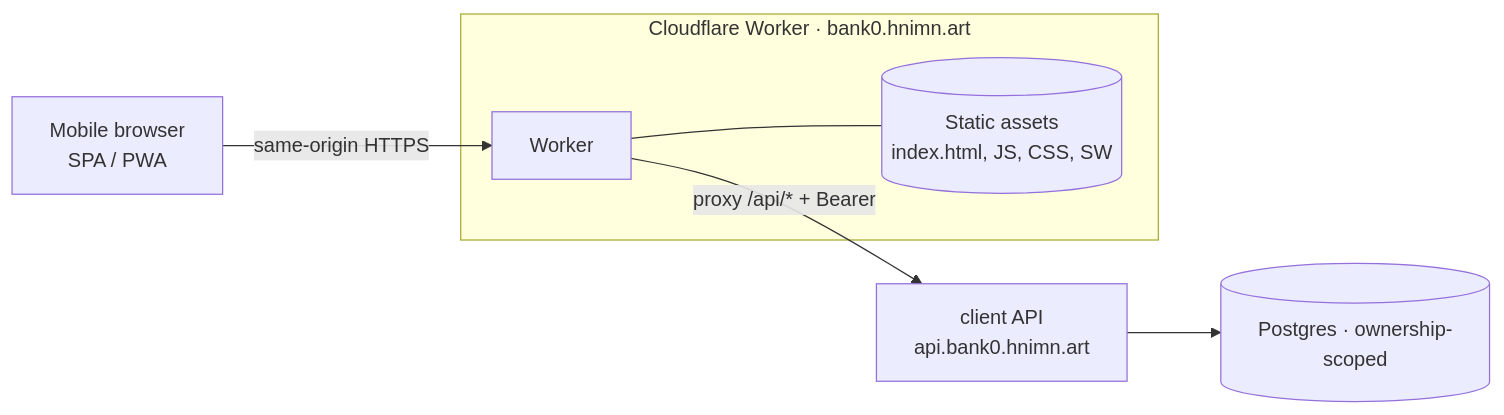
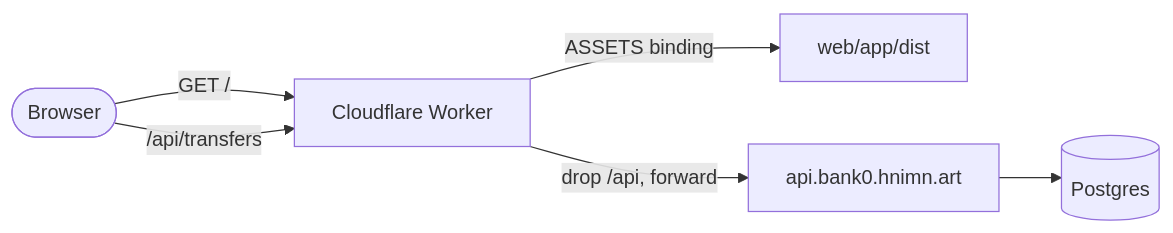
One commit to minhtt159/bank0 changed the diagram in docs/07-client-web-app.md. Above: the diagram before and after it, drawn with Mermaid. The commit also changed other lines of this file and 33 other files, not shown here.

````diff
--- a/docs/07-client-web-app.md
+++ b/docs/07-client-web-app.md
@@ -38,11 +16,8 @@
 ```mermaid
-graph LR
-    B[Mobile browser<br/>SPA / PWA] -->|same-origin HTTPS| W
-    subgraph CF[Cloudflare Worker · bank0.hnimn.art]
-      W[Worker]
-      A[(Static assets<br/>index.html, JS, CSS, SW)]
-      W --- A
-    end
-    W -->|proxy /api/* + Bearer| API[client API<br/>api.bank0.hnimn.art]
-    API --> PG[(Postgres · ownership-scoped)]
+flowchart LR
+    B([Browser]) -->|"GET /"| W[Cloudflare Worker]
+    B -->|"/api/transfers"| W
+    W -->|ASSETS binding| S[web/app/dist]
+    W -->|"drop /api, forward"| API[api.bank0.hnimn.art]
+    API --> DB[(Postgres)]
 ```
````
